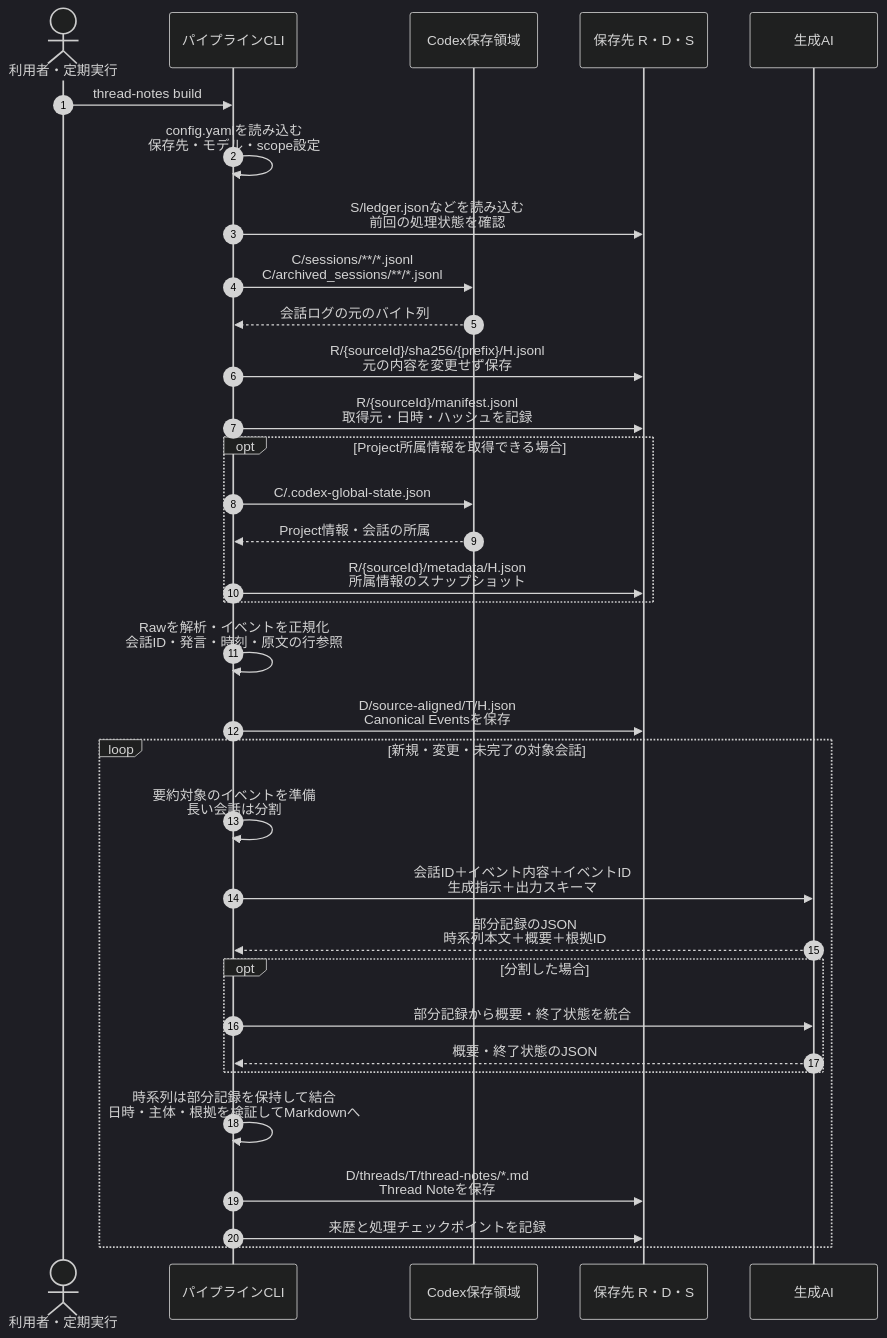
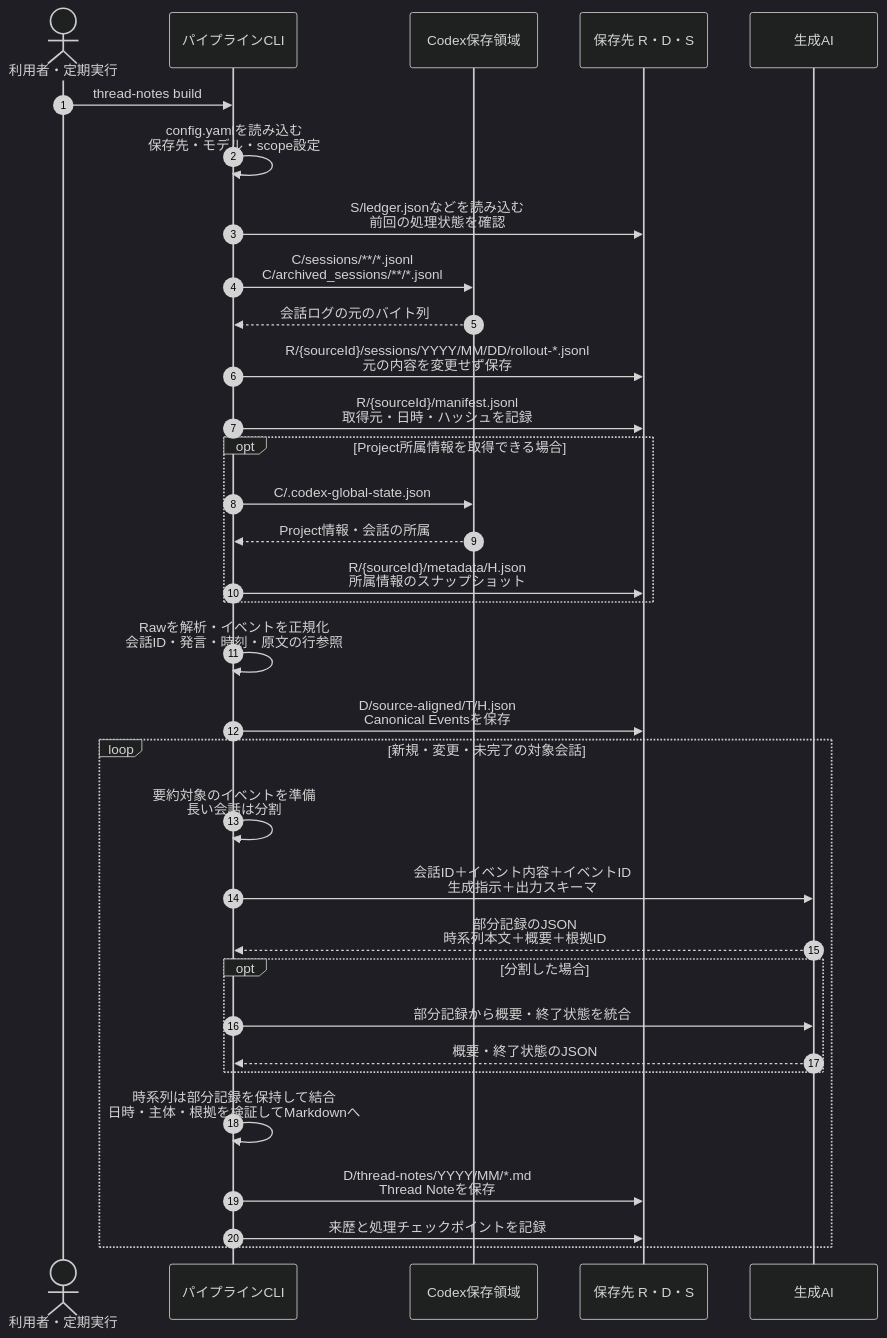
One commit to tuckn/tkn_codex_chat_note_pipeline changed the second of 5 diagrams in README_ja.md. Above: the diagram before and after it, drawn with Mermaid (dark theme). The commit also changed other lines of this file and 9 other files, not shown here.

````diff
--- a/README_ja.md
+++ b/README_ja.md
@@ -368,40 +427,40 @@
 ```mermaid
 sequenceDiagram
     autonumber
     actor U as 利用者・定期実行
     participant P as パイプラインCLI
     participant C as Codex保存領域
     participant F as 保存先 R・D・S
     participant AI as 生成AI
 
     U->>P: thread-notes build
     P->>P: config.yamlを読み込む<br/>保存先・モデル・scope設定
     P->>F: S/ledger.jsonなどを読み込む<br/>前回の処理状態を確認
 
     P->>C: C/sessions/**/*.jsonl<br/>C/archived_sessions/**/*.jsonl
     C-->>P: 会話ログの元のバイト列
-    P->>F: R/{sourceId}/sha256/{prefix}/H.jsonl<br/>元の内容を変更せず保存
+    P->>F: R/{sourceId}/sessions/YYYY/MM/DD/rollout-*.jsonl<br/>元の内容を変更せず保存
     P->>F: R/{sourceId}/manifest.jsonl<br/>取得元・日時・ハッシュを記録
 
     opt Project所属情報を取得できる場合
         P->>C: C/.codex-global-state.json
         C-->>P: Project情報・会話の所属
         P->>F: R/{sourceId}/metadata/H.json<br/>所属情報のスナップショット
     end
 
     P->>P: Rawを解析・イベントを正規化<br/>会話ID・発言・時刻・原文の行参照
     P->>F: D/source-aligned/T/H.json<br/>Canonical Eventsを保存
 
     loop 新規・変更・未完了の対象会話
         P->>P: 要約対象のイベントを準備<br/>長い会話は分割
         P->>AI: 会話ID＋イベント内容＋イベントID<br/>生成指示＋出力スキーマ
         AI-->>P: 部分記録のJSON<br/>時系列本文＋概要＋根拠ID
         opt 分割した場合
             P->>AI: 部分記録から概要・終了状態を統合
             AI-->>P: 概要・終了状態のJSON
         end
         P->>P: 時系列は部分記録を保持して結合<br/>日時・主体・根拠を検証してMarkdownへ
-        P->>F: D/threads/T/thread-notes/*.md<br/>Thread Noteを保存
+        P->>F: D/thread-notes/YYYY/MM/*.md<br/>Thread Noteを保存
         P->>F: 来歴と処理チェックポイントを記録
     end
 ```
````
